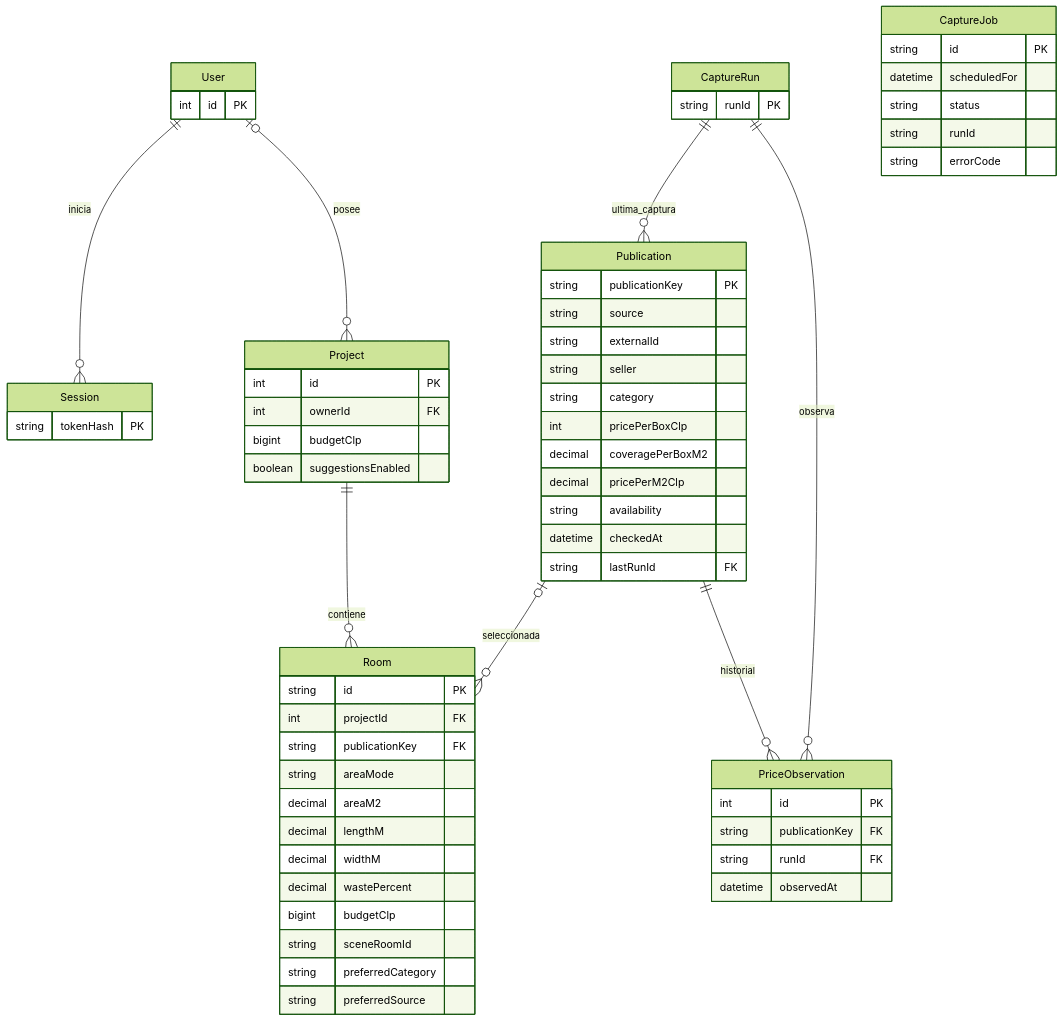
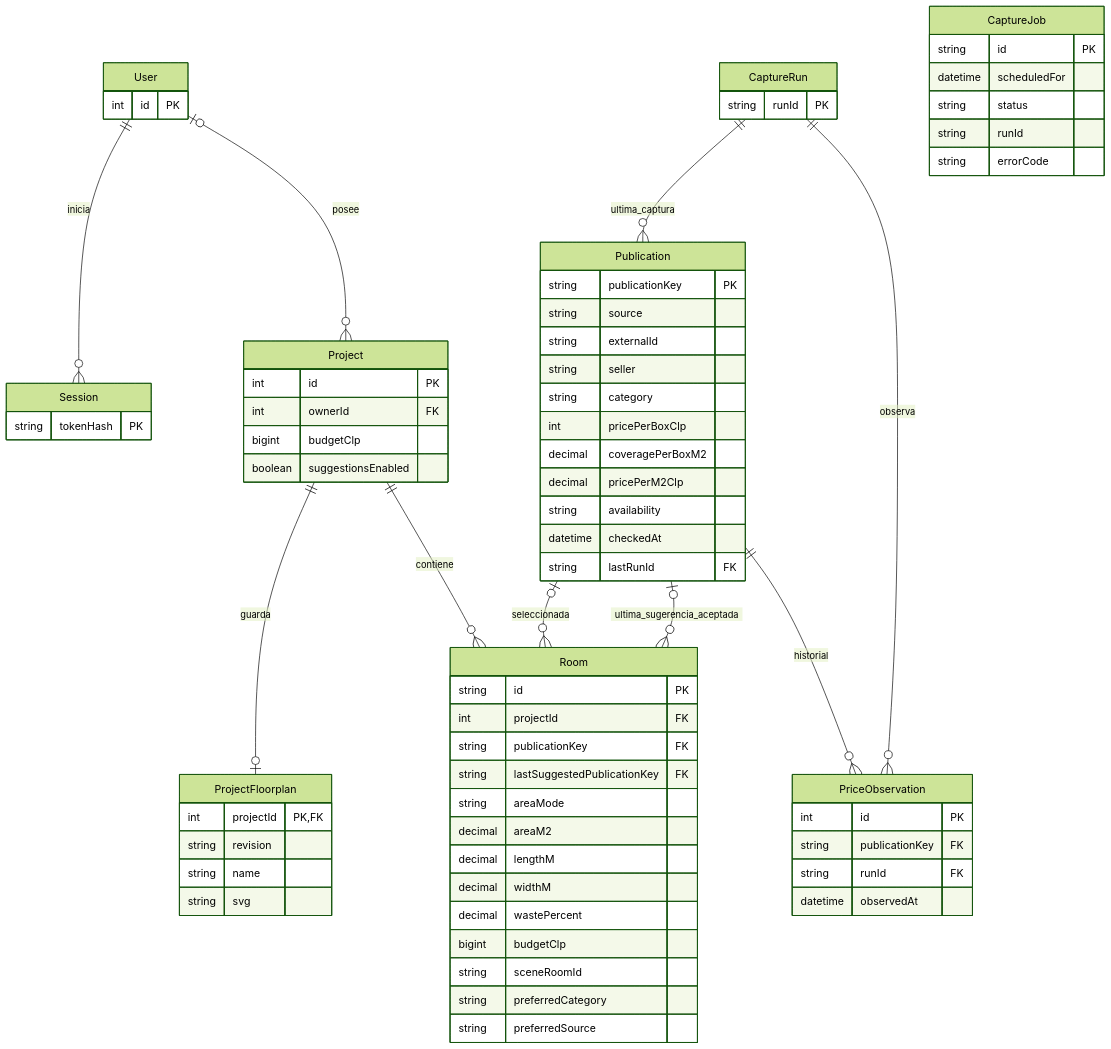
Before and after one commit to Fourdath/Habita3D: the diagram in docs/architecture/data-model.md, drawn with Mermaid (forest theme). The commit also changed other lines of this file and 10 other files, not shown here.

````diff
--- a/docs/architecture/data-model.md
+++ b/docs/architecture/data-model.md
@@ -10,59 +12,68 @@
 ```mermaid
 erDiagram
     User ||--o{ Session : inicia
     User o|--o{ Project : posee
+    Project ||--o| ProjectFloorplan : guarda
     Project ||--o{ Room : contiene
     Publication o|--o{ Room : seleccionada
+    Publication o|--o{ Room : ultima_sugerencia_aceptada
     CaptureRun ||--o{ Publication : ultima_captura
     Publication ||--o{ PriceObservation : historial
     CaptureRun ||--o{ PriceObservation : observa
     User { int id PK }
     Session { string tokenHash PK }
     Project {
         int id PK
         int ownerId FK
         bigint budgetClp
         boolean suggestionsEnabled
     }
+    ProjectFloorplan {
+        int projectId PK, FK
+        string revision
+        string name
+        string svg
+    }
     Room {
         string id PK
         int projectId FK
         string publicationKey FK
+        string lastSuggestedPublicationKey FK
         string areaMode
         decimal areaM2
         decimal lengthM
         decimal widthM
         decimal wastePercent
         bigint budgetClp
         string sceneRoomId
         string preferredCategory
         string preferredSource
     }
     Publication {
         string publicationKey PK
         string source
         string externalId
         string seller
         string category
         int pricePerBoxClp
         decimal coveragePerBoxM2
         decimal pricePerM2Clp
         string availability
         datetime checkedAt
         string lastRunId FK
     }
     CaptureRun { string runId PK }
     PriceObservation {
         int id PK
         string publicationKey FK
         string runId FK
         datetime observedAt
     }
     CaptureJob {
         string id PK
         datetime scheduledFor
         string status
         string runId
         string errorCode
     }
 ```
````
